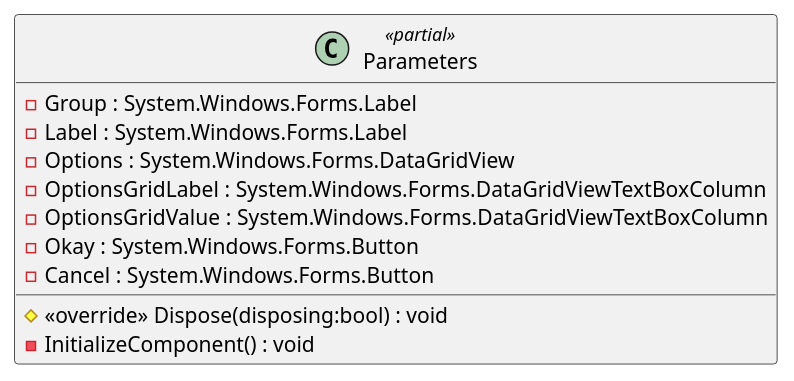
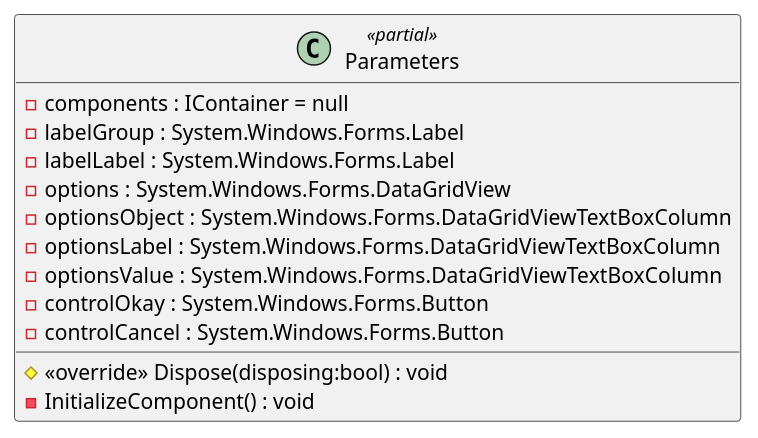
Before and after one commit to Louis9902/Sosse19-SE: the diagram in Diagramme/Klassen/TinyTasksDashboard/Parameters.Designer.puml, drawn with PlantUML. The commit also changed 42 other files, not shown here.

Commit message:
some cleanup of the codebase and an update for the class diagrams This will resolve #6

```diff
--- a/Diagramme/Klassen/TinyTasksDashboard/Parameters.Designer.puml
+++ b/Diagramme/Klassen/TinyTasksDashboard/Parameters.Designer.puml
@@ -1,13 +1,15 @@
 @startuml
 class Parameters <<partial>> {
+    - components : IContainer = null
     # <<override>> Dispose(disposing:bool) : void
     - InitializeComponent() : void
-    - Group : System.Windows.Forms.Label
-    - Label : System.Windows.Forms.Label
-    - Options : System.Windows.Forms.DataGridView
-    - OptionsGridLabel : System.Windows.Forms.DataGridViewTextBoxColumn
-    - OptionsGridValue : System.Windows.Forms.DataGridViewTextBoxColumn
-    - Okay : System.Windows.Forms.Button
-    - Cancel : System.Windows.Forms.Button
+    - labelGroup : System.Windows.Forms.Label
+    - labelLabel : System.Windows.Forms.Label
+    - options : System.Windows.Forms.DataGridView
+    - optionsObject : System.Windows.Forms.DataGridViewTextBoxColumn
+    - optionsLabel : System.Windows.Forms.DataGridViewTextBoxColumn
+    - optionsValue : System.Windows.Forms.DataGridViewTextBoxColumn
+    - controlOkay : System.Windows.Forms.Button
+    - controlCancel : System.Windows.Forms.Button
 }
 @enduml
```
